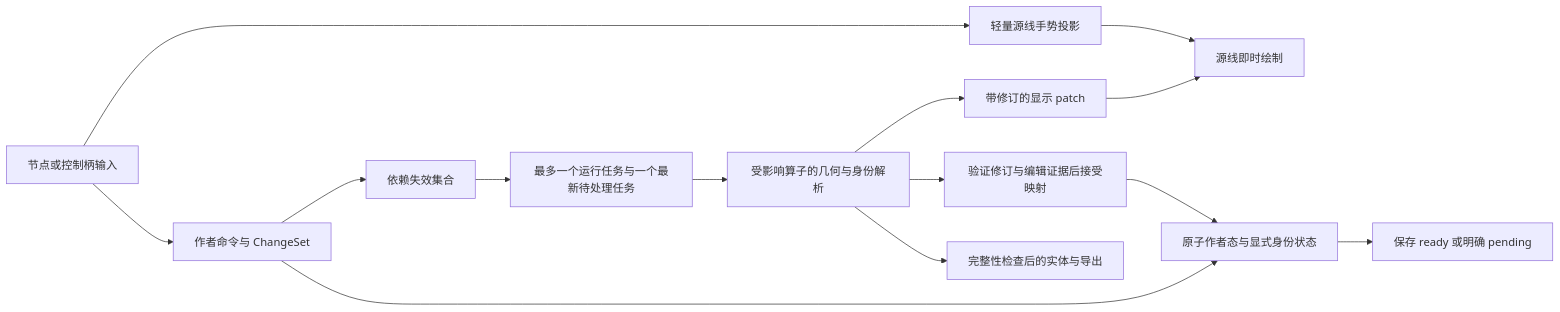
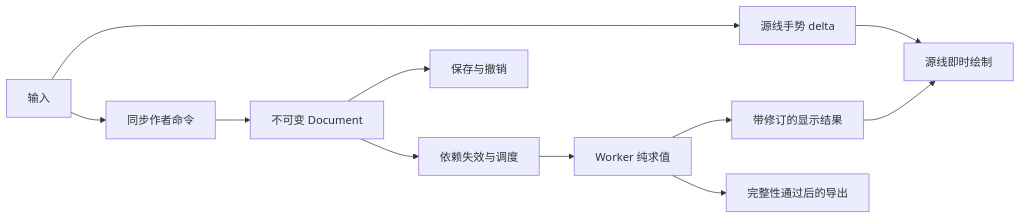
The diagram in docs/architecture/region-identity-redesign-2026-09-26.md (syan2018/Splinelet), drawn with Mermaid before and after one commit. The commit also changed other lines of this file and 9 other files, not shown here.

````diff
--- a/docs/architecture/region-identity-redesign-2026-09-26.md
+++ b/docs/architecture/region-identity-redesign-2026-09-26.md
@@ -61,16 +171,13 @@
 ```mermaid
 flowchart LR
-  E[节点或控制柄输入] --> P[轻量源线手势投影]
-  P --> U[源线即时绘制]
-  E --> C[作者命令与 ChangeSet]
-  C --> D[依赖失效集合]
-  D --> Q[最多一个运行任务与一个最新待处理任务]
-  Q --> G[受影响算子的几何与身份解析]
-  G --> V[带修订的显示 patch]
-  V --> U
-  C --> A[原子作者态与显式身份状态]
-  A --> S[保存 ready 或明确 pending]
-  G --> R[验证修订与编辑证据后接受映射]
-  R --> A
-  G --> X[完整性检查后的实体与导出]
+  I[输入] --> P[源线手势 delta]
+  P --> V[源线即时绘制]
+  I --> C[同步作者命令]
+  C --> D[不可变 Document]
+  D --> H[保存与撤销]
+  D --> Q[依赖失效与调度]
+  Q --> E[Worker 纯求值]
+  E --> R[带修订的显示结果]
+  R --> V
+  E --> X[完整性通过后的导出]
 ```
````
